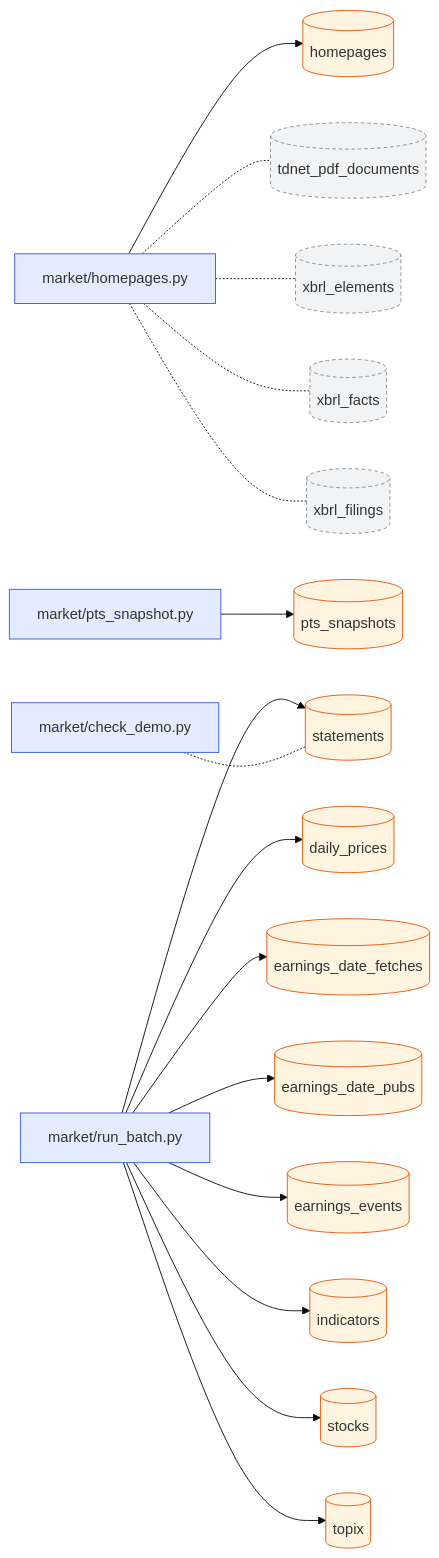
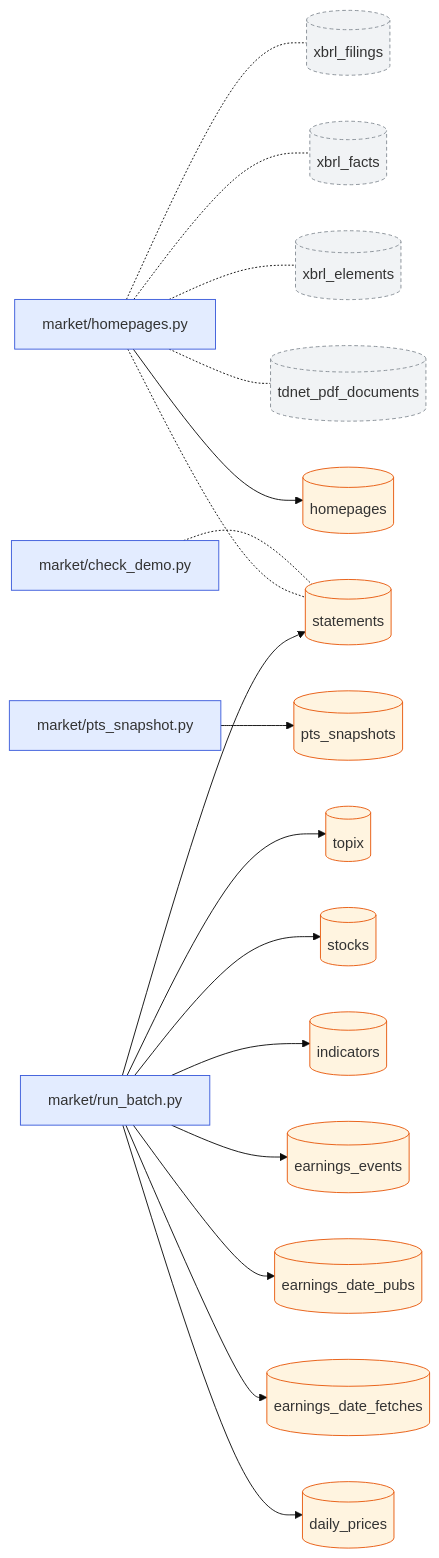
One commit to pekumirui/stock-analyzer changed the first of 2 diagrams in docs/dataflow/market.md. Above: the diagram before and after it, drawn with Mermaid (base theme). The commit also changed other lines of this file and 4 other files, not shown here.

````diff
--- a/docs/dataflow/market.md
+++ b/docs/dataflow/market.md
@@ -9,40 +9,41 @@
 ```mermaid
 flowchart LR
   n0["market/check_demo.py"]:::job
   n1["market/homepages.py"]:::job
   n2["market/pts_snapshot.py"]:::job
   n3["market/run_batch.py"]:::job
   n4[("daily_prices")]:::tbl
   n5[("earnings_date_fetches")]:::tbl
   n6[("earnings_date_pubs")]:::tbl
   n7[("earnings_events")]:::tbl
   n8[("homepages")]:::tbl
   n9[("indicators")]:::tbl
   n10[("pts_snapshots")]:::tbl
   n11[("statements")]:::tbl
   n12[("stocks")]:::tbl
   n13[("tdnet_pdf_documents")]:::ext
   n14[("topix")]:::tbl
   n15[("xbrl_elements")]:::ext
   n16[("xbrl_facts")]:::ext
   n17[("xbrl_filings")]:::ext
   n0 -.- n11
   n1 --> n8
+  n1 -.- n11
   n1 -.- n13
   n1 -.- n15
   n1 -.- n16
   n1 -.- n17
   n2 --> n10
   n3 --> n4
   n3 --> n5
   n3 --> n6
   n3 --> n7
   n3 --> n9
   n3 --> n11
   n3 --> n12
   n3 --> n14
   classDef job fill:#e3ecff,stroke:#3b5bdb
   classDef api fill:#e6f7ec,stroke:#2b8a3e
   classDef tbl fill:#fff4e0,stroke:#e8590c
   classDef ext fill:#f1f3f5,stroke:#868e96,stroke-dasharray:4 3
 ```
````
